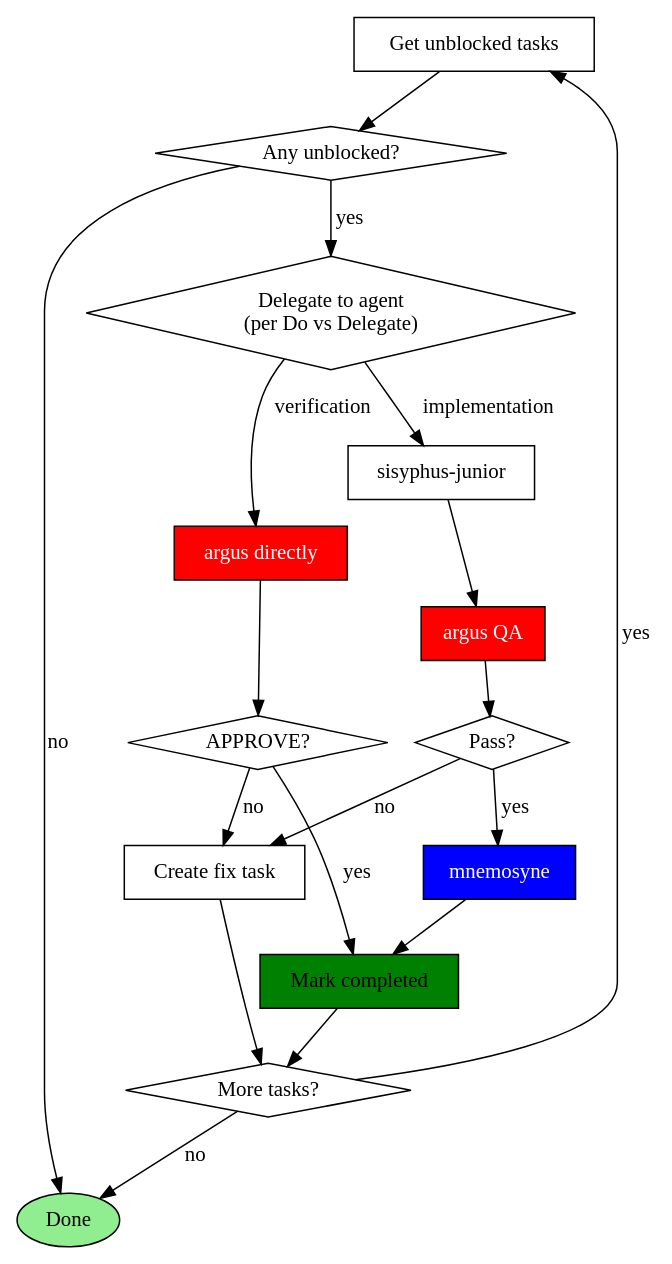
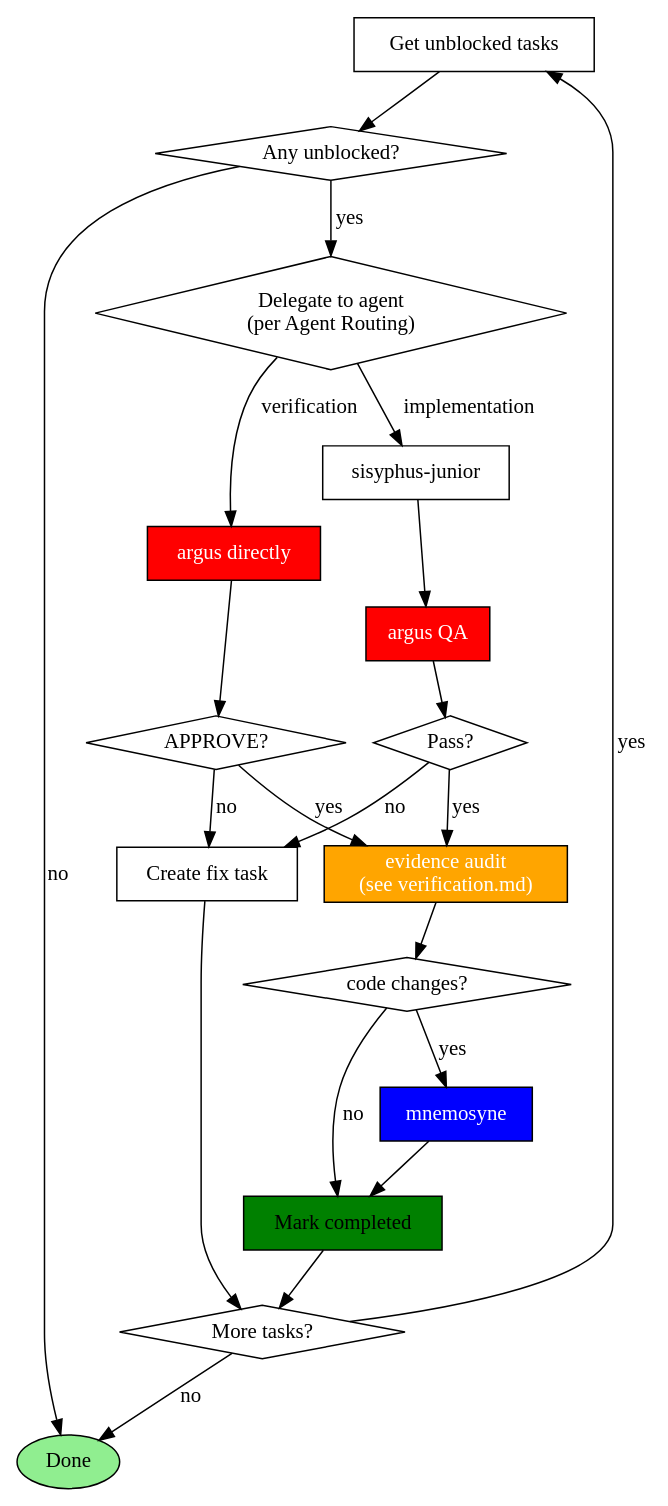
Before and after one commit to SungHoonKim-Ski/oh-my-resume: the diagram in .claude/skills/sisyphus/SKILL.md, drawn with Graphviz. The commit also changed other lines of this file and 4 other files, not shown here.

````diff
--- a/.claude/skills/sisyphus/SKILL.md
+++ b/.claude/skills/sisyphus/SKILL.md
@@ -287,36 +126,41 @@
 ```dot
 digraph task_loop {
     rankdir=TB;
     "Get unblocked tasks" [shape=box];
     "Any unblocked?" [shape=diamond];
-    "Delegate to agent\n(per Do vs Delegate)" [shape=diamond];
+    "Delegate to agent\n(per Agent Routing)" [shape=diamond];
     "sisyphus-junior" [shape=box];
     "argus directly" [shape=box, style=filled, fillcolor=red, fontcolor=white];
     "argus QA" [shape=box, style=filled, fillcolor=red, fontcolor=white];
     "Pass?" [shape=diamond];
     "APPROVE?" [shape=diamond];
+    "evidence audit\n(see verification.md)" [shape=box, style=filled, fillcolor=orange, fontcolor=white];
+    "code changes?" [shape=diamond];
     "mnemosyne" [shape=box, style=filled, fillcolor=blue, fontcolor=white];
     "Mark completed" [shape=box, style=filled, fillcolor=green];
     "Create fix task" [shape=box];
     "More tasks?" [shape=diamond];
     "Done" [shape=ellipse, style=filled, fillcolor=lightgreen];
 
     "Get unblocked tasks" -> "Any unblocked?";
-    "Any unblocked?" -> "Delegate to agent\n(per Do vs Delegate)" [label="yes"];
+    "Any unblocked?" -> "Delegate to agent\n(per Agent Routing)" [label="yes"];
     "Any unblocked?" -> "Done" [label="no"];
-    "Delegate to agent\n(per Do vs Delegate)" -> "sisyphus-junior" [label="implementation"];
-    "Delegate to agent\n(per Do vs Delegate)" -> "argus directly" [label="verification"];
+    "Delegate to agent\n(per Agent Routing)" -> "sisyphus-junior" [label="implementation"];
+    "Delegate to agent\n(per Agent Routing)" -> "argus directly" [label="verification"];
     "sisyphus-junior" -> "argus QA";
     "argus QA" -> "Pass?";
-    "Pass?" -> "mnemosyne" [label="yes"];
+    "Pass?" -> "evidence audit\n(see verification.md)" [label="yes"];
     "Pass?" -> "Create fix task" [label="no"];
+    "evidence audit\n(see verification.md)" -> "code changes?";
+    "code changes?" -> "mnemosyne" [label="yes"];
+    "code changes?" -> "Mark completed" [label="no"];
     "mnemosyne" -> "Mark completed";
     "argus directly" -> "APPROVE?";
-    "APPROVE?" -> "Mark completed" [label="yes"];
+    "APPROVE?" -> "evidence audit\n(see verification.md)" [label="yes"];
     "APPROVE?" -> "Create fix task" [label="no"];
     "Mark completed" -> "More tasks?";
     "Create fix task" -> "More tasks?";
     "More tasks?" -> "Get unblocked tasks" [label="yes"];
     "More tasks?" -> "Done" [label="no"];
 }
 ```
````
